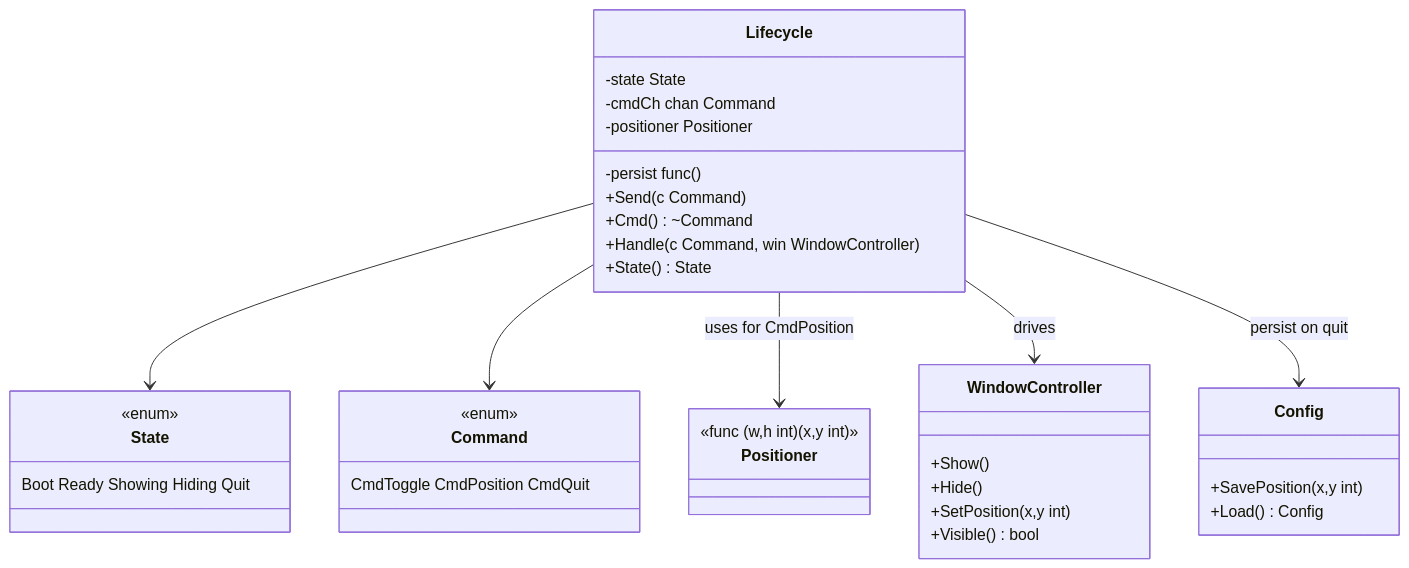
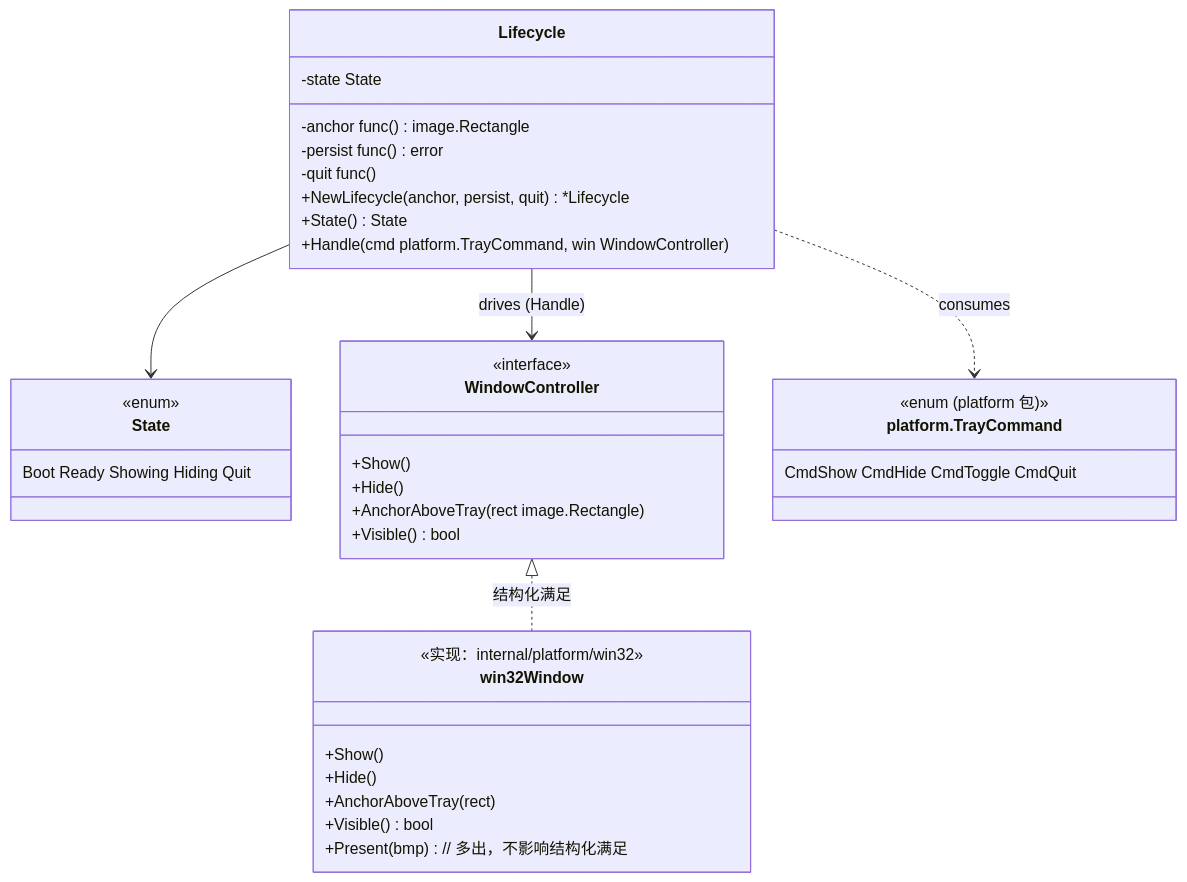
Before and after one commit to shaolei/DeskCalendar: the first of 4 diagrams in docs/10-Shell/Lifecycle.md, drawn with Mermaid. The commit also changed other lines of this file and 2 other files, not shown here.

First line of the commit message:
feat(shell): Phase3 slice #24 - Lifecycle state machine (Path D)

````diff
--- a/docs/10-Shell/Lifecycle.md
+++ b/docs/10-Shell/Lifecycle.md
@@ -25,40 +29,40 @@
 ```mermaid
 classDiagram
     class Lifecycle {
         -state State
-        -cmdCh chan Command
-        -positioner Positioner
-        -persist func()
-        +Send(c Command)
-        +Cmd() ~Command
-        +Handle(c Command, win WindowController)
+        -anchor func() image.Rectangle
+        -persist func() error
+        -quit func()
+        +NewLifecycle(anchor, persist, quit) *Lifecycle
         +State() State
+        +Handle(cmd platform.TrayCommand, win WindowController)
     }
     class State {
         <<enum>>
         Boot Ready Showing Hiding Quit
     }
-    class Command {
-        <<enum>>
-        CmdToggle CmdPosition CmdQuit
-    }
-    class Positioner {
-        <<func (w,h int)(x,y int)>>
-    }
     class WindowController {
+        <<interface>>
         +Show()
         +Hide()
-        +SetPosition(x,y int)
+        +AnchorAboveTray(rect image.Rectangle)
         +Visible() bool
     }
-    class Config {
-        +SavePosition(x,y int)
-        +Load() Config
+    class platform.TrayCommand {
+        <<enum (platform 包)>>
+        CmdShow CmdHide CmdToggle CmdQuit
+    }
+    class win32Window {
+        <<实现：internal/platform/win32>>
+        +Show()
+        +Hide()
+        +AnchorAboveTray(rect)
+        +Visible() bool
+        +Present(bmp)  // 多出，不影响结构化满足
     }
 
     Lifecycle --> State
-    Lifecycle --> Command
-    Lifecycle --> Positioner : uses for CmdPosition
-    Lifecycle --> WindowController : drives
-    Lifecycle --> Config : persist on quit
+    Lifecycle --> WindowController : drives (Handle)
+    Lifecycle ..> platform.TrayCommand : consumes
+    WindowController <|.. win32Window : 结构化满足
 ```
````
